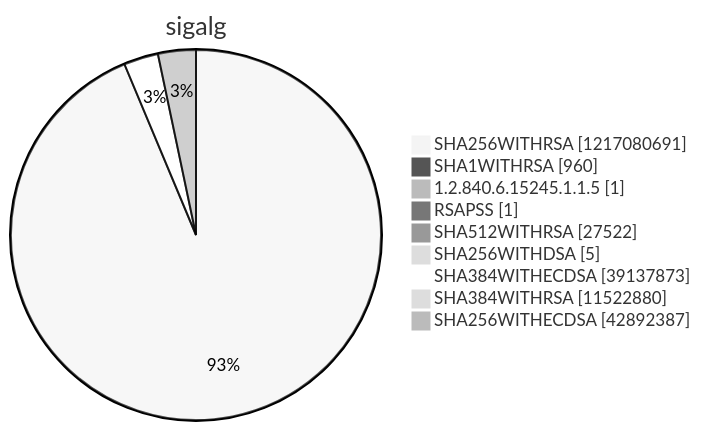
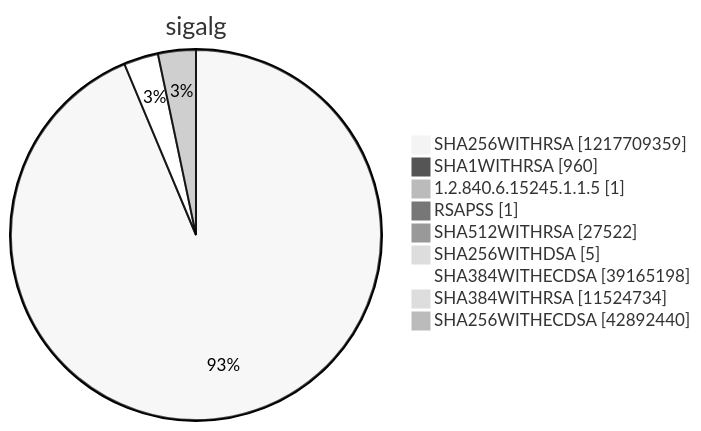
Diagram 15 of 15 in argon2022/README.md (christiankrug/ctmonitor_visualization), drawn with Mermaid (neutral theme) before and after one commit. The commit also changed other lines of this file, not shown here.

````diff
--- a/argon2022/README.md
+++ b/argon2022/README.md
@@ -5521,13 +5521,13 @@
 ```mermaid
 pie showData
 title sigalg
-"SHA256WITHRSA" :1217080691
+"SHA256WITHRSA" :1217709359
 "SHA1WITHRSA" :960
 "1.2.840.6.15245.1.1.5" :1
 "RSAPSS" :1
 "SHA512WITHRSA" :27522
 "SHA256WITHDSA" :5
-"SHA384WITHECDSA" :39137873
-"SHA384WITHRSA" :11522880
-"SHA256WITHECDSA" :42892387
+"SHA384WITHECDSA" :39165198
+"SHA384WITHRSA" :11524734
+"SHA256WITHECDSA" :42892440
 ```
````
